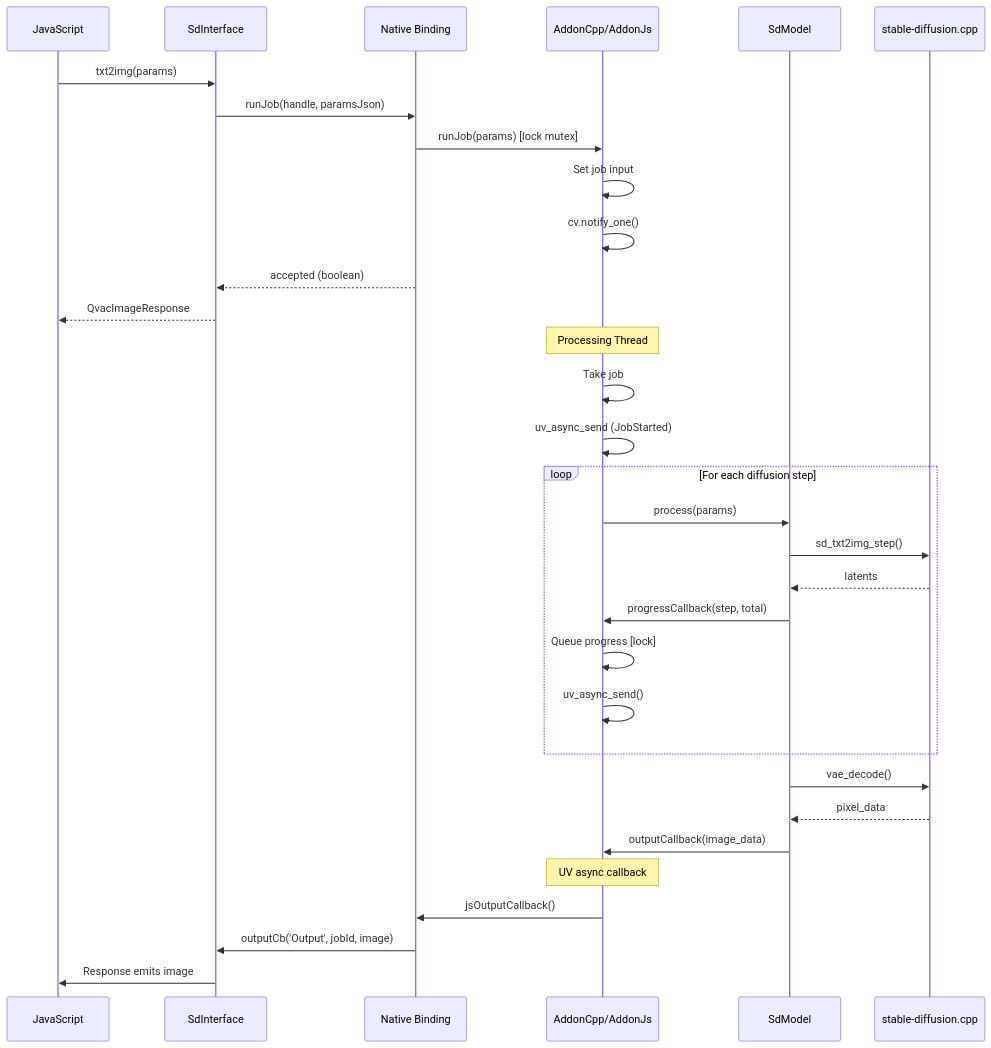
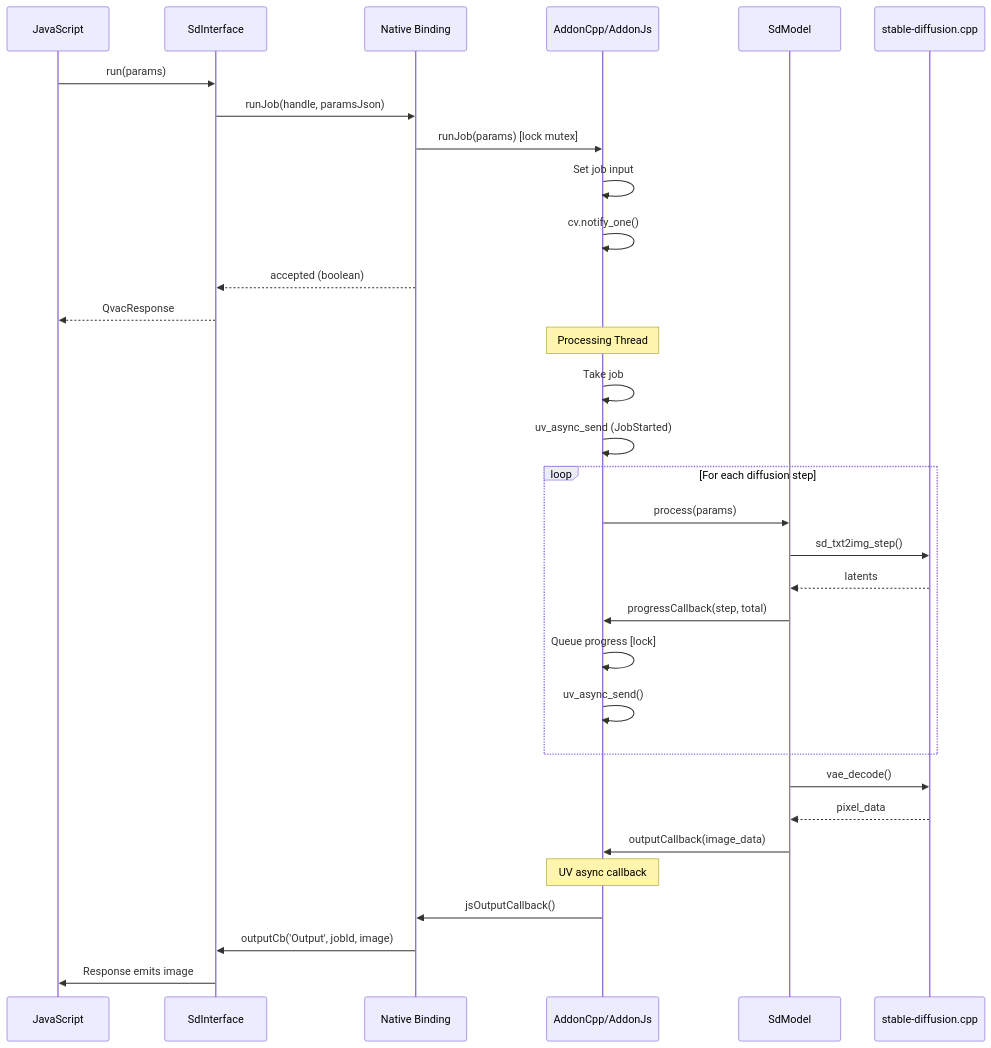
Before and after one commit to sidj-thr/qvac-public: the fourth of 4 diagrams in packages/lib-infer-diffusion/docs/architecture.md, drawn with Mermaid. The commit also changed other lines of this file and 20 other files, not shown here.

````diff
--- a/packages/lib-infer-diffusion/docs/architecture.md
+++ b/packages/lib-infer-diffusion/docs/architecture.md
@@ -411,39 +371,39 @@
 ```mermaid
 sequenceDiagram
     participant JS as JavaScript
     participant IF as SdInterface
     participant Bind as Native Binding
     participant Addon as AddonCpp/AddonJs
     participant Model as SdModel
     participant SD as stable-diffusion.cpp
     
-    JS->>IF: txt2img(params)
+    JS->>IF: run(params)
     IF->>Bind: runJob(handle, paramsJson)
     Bind->>Addon: runJob(params) [lock mutex]
     Addon->>Addon: Set job input
     Addon->>Addon: cv.notify_one()
     Bind-->>IF: accepted (boolean)
-    IF-->>JS: QvacImageResponse
+    IF-->>JS: QvacResponse
     
     Note over Addon: Processing Thread
     Addon->>Addon: Take job
     Addon->>Addon: uv_async_send (JobStarted)
     
     loop For each diffusion step
         Addon->>Model: process(params)
         Model->>SD: sd_txt2img_step()
         SD-->>Model: latents
         Model->>Addon: progressCallback(step, total)
         Addon->>Addon: Queue progress [lock]
         Addon->>Addon: uv_async_send()
     end
     
     Model->>SD: vae_decode()
     SD-->>Model: pixel_data
     Model->>Addon: outputCallback(image_data)
     
     Note over Addon: UV async callback
     Addon->>Bind: jsOutputCallback()
     Bind->>IF: outputCb('Output', jobId, image)
     IF->>JS: Response emits image
 ```
````
